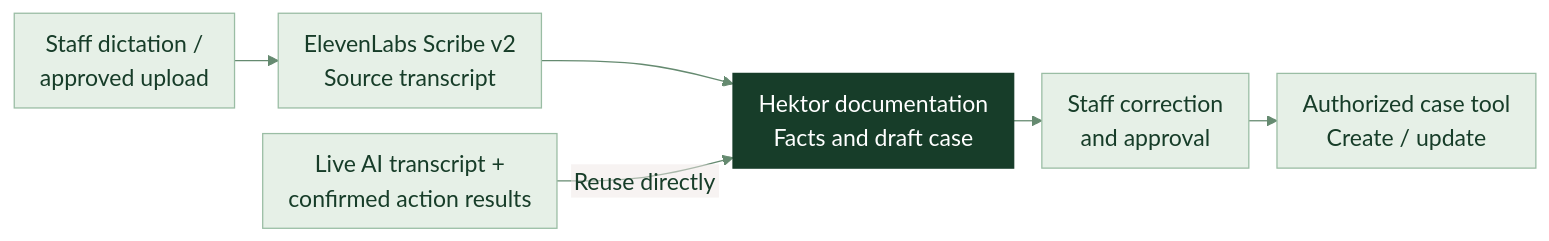
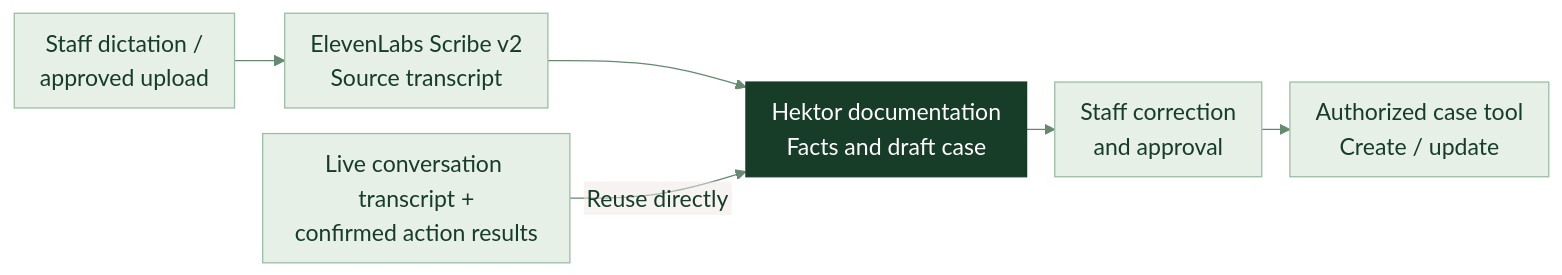
The third of 3 diagrams in slides.md (H-Sami/hektor-chat-pitch), drawn with Mermaid before and after one commit. The commit also changed other lines of this file and 9 other files, not shown here.

````diff
--- a/slides.md
+++ b/slides.md
@@ -345,16 +361,16 @@
 ```mermaid
 %%{init: {"theme":"base","themeVariables":{"primaryColor":"#e6f0e7","primaryTextColor":"#173d29","primaryBorderColor":"#9abda4","lineColor":"#658a70","fontFamily":"Segoe UI","fontSize":"18px"},"flowchart":{"htmlLabels":false,"curve":"basis","rankSpacing":22,"nodeSpacing":20,"padding":10}}}%%
 flowchart LR
  D["Staff dictation /
 approved upload"] --> S["ElevenLabs Scribe v2
 Source transcript"]
  S --> H["Hektor documentation
 Facts and draft case"]
- L["Live AI transcript +
+ L["Live conversation transcript +
 confirmed action results"] -->|Reuse directly| H
  H --> R["Staff correction
 and approval"]
  R --> W["Authorized case tool
 Create / update"]
  style H fill:#173d29,color:#ffffff,stroke:#173d29
 ```
````
